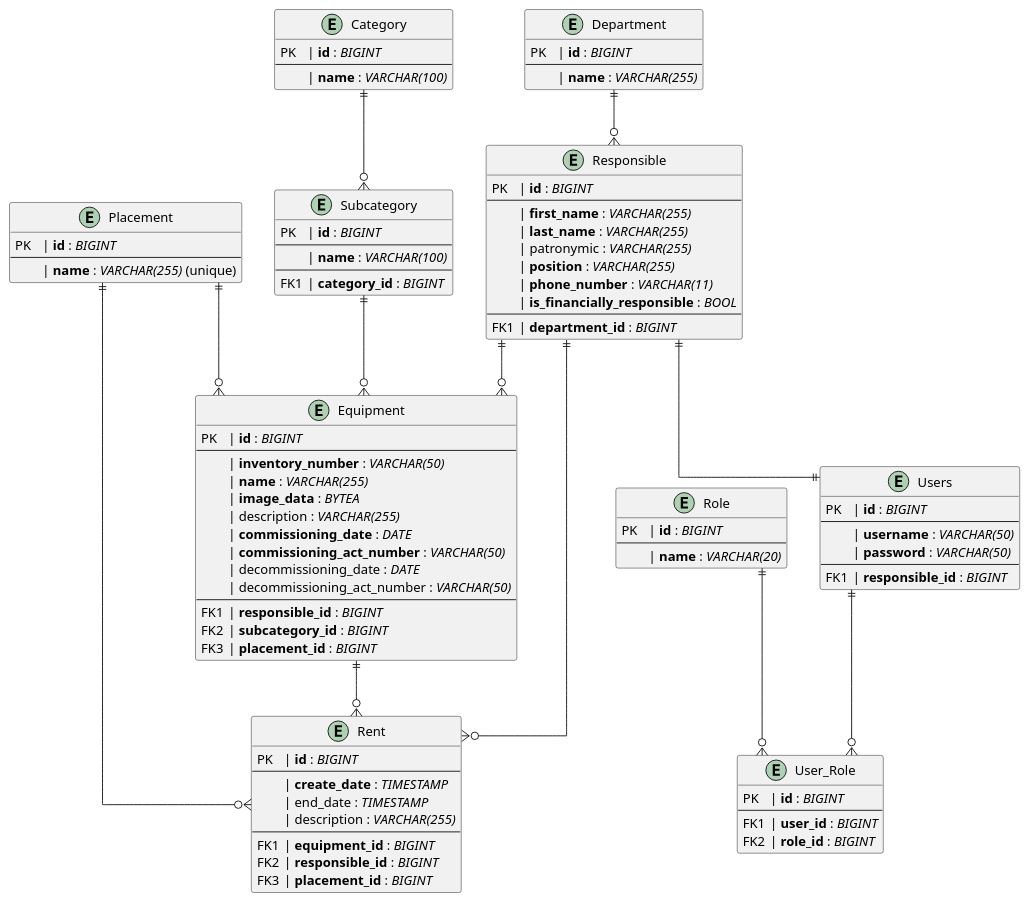
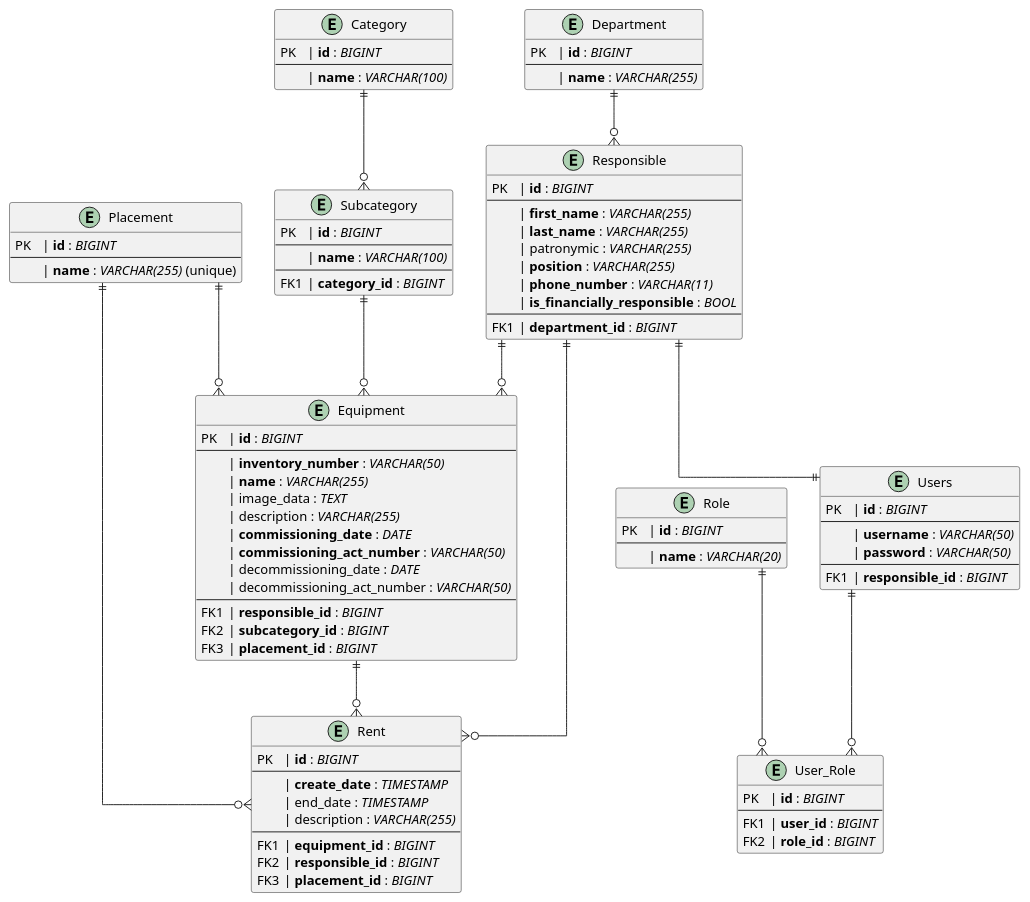
One commit to http3ac3/mtru-server changed the diagram in docs/er.puml. Above: the diagram before and after it, drawn with PlantUML. The commit also changed 1 other file, not shown here.

Commit message:
fix: update diagram

```diff
--- a/docs/er.puml
+++ b/docs/er.puml
@@ -1,110 +1,110 @@
 @startuml
 skinparam linetype ortho
 
 'сущности
 
 entity Equipment {
   PK\t| **id** : //BIGINT//
   --
     \t| **inventory_number** : //VARCHAR(50)//
     \t| **name** : //VARCHAR(255)//
-    \t| **image_data** : //BYTEA//
+    \t| image_data : //TEXT//
     \t| description : //VARCHAR(255)//
     \t| **commissioning_date** : //DATE//
     \t| **commissioning_act_number** : //VARCHAR(50)//
     \t| decommissioning_date : //DATE//
     \t| decommissioning_act_number : //VARCHAR(50)//
   --
   FK1\t| **responsible_id** : //BIGINT//
   FK2\t| **subcategory_id** : //BIGINT//
   FK3\t| **placement_id** : //BIGINT//
 }
 
 entity Placement {
   PK\t| **id** : //BIGINT//
   --
     \t| **name** : //VARCHAR(255)// (unique)
 }
 
 entity Department {
   PK\t| **id** : //BIGINT//
   --
     \t| **name** : //VARCHAR(255)//
 }
 
 entity Responsible {
   PK\t| **id** : //BIGINT//
   --
     \t| **first_name** : //VARCHAR(255)//
     \t| **last_name** : //VARCHAR(255)//
     \t| patronymic : //VARCHAR(255)//
     \t| **position** : //VARCHAR(255)//
     \t| **phone_number** : //VARCHAR(11)//
     \t| **is_financially_responsible** : //BOOL//
   --
   FK1\t| **department_id** : //BIGINT//
 }
 
 entity Category {
   PK\t| **id** : //BIGINT//
   --
     \t| **name** : //VARCHAR(100)//
 }
 
 entity Subcategory {
   PK\t| **id** : //BIGINT//
   --
     \t| **name** : //VARCHAR(100)//
   --
   FK1\t| **category_id** : //BIGINT//
 }
 
 entity Rent {
   PK\t| **id** : //BIGINT//
   --
     \t| **create_date** : //TIMESTAMP//
     \t| end_date : //TIMESTAMP//
     \t| description : //VARCHAR(255)//
   --
   FK1\t| **equipment_id** : //BIGINT//
   FK2\t| **responsible_id** : //BIGINT//
   FK3\t| **placement_id** : //BIGINT//
 }
 
 entity Users {
   PK\t| **id** : //BIGINT//
   --
     \t| **username** : //VARCHAR(50)//
     \t| **password** : //VARCHAR(50)//
   --
   FK1\t| **responsible_id** : //BIGINT//
 }
 
 entity Role {
   PK\t| **id** : //BIGINT//
   --
     \t| **name** : //VARCHAR(20)//
 }
 
 entity User_Role {
   PK\t| **id** : //BIGINT//
   --
   FK1\t| **user_id** : //BIGINT//
   FK2\t| **role_id** : //BIGINT//
 }
 
 'relationships
 
 Category    ||--o{ Subcategory
 Subcategory ||--o{ Equipment
 Equipment   ||--o{ Rent
 Responsible ||--o{ Rent
 Placement   ||--o{ Equipment
 Placement   ||--o{ Rent
 Responsible ||--|| Users
 Department ||--o{ Responsible
 Responsible ||--o{ Equipment
 
 Users ||--o{ User_Role
 Role ||--o{ User_Role
 @enduml
```
